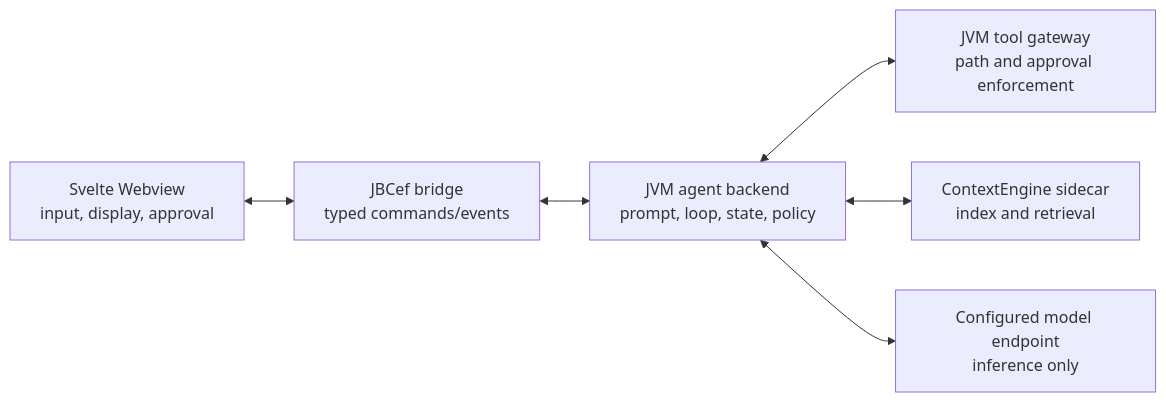
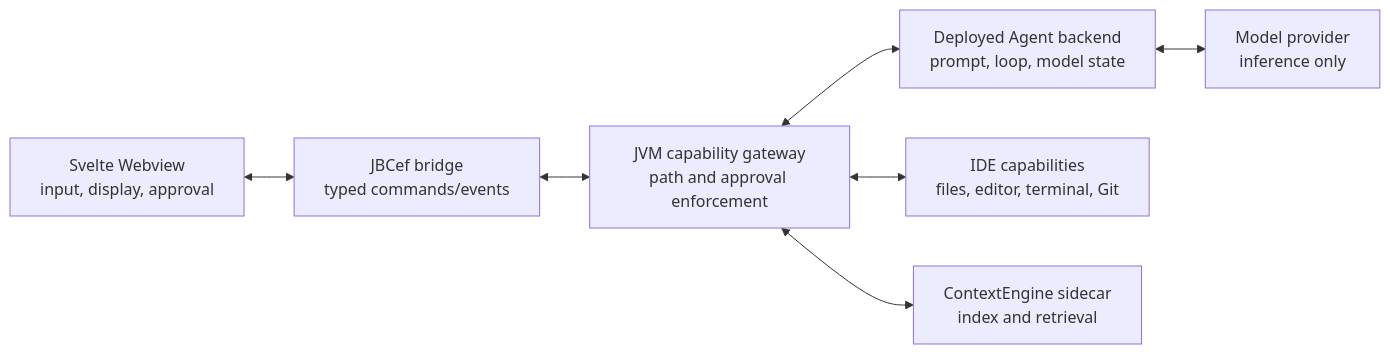
Before and after one commit to lixiang12345/CodeAgent-idea-plugin: the diagram in docs/PROMPT_ARCHITECTURE.md, drawn with Mermaid. The commit also changed other lines of this file and 36 other files, not shown here.

Commit message:
feat: split agent backend from IDE capability gateway

````diff
--- a/docs/PROMPT_ARCHITECTURE.md
+++ b/docs/PROMPT_ARCHITECTURE.md
@@ -21,14 +21,15 @@
 ```mermaid
 flowchart LR
     UI["Svelte Webview\ninput, display, approval"]
     Bridge["JBCef bridge\ntyped commands/events"]
-    Harness["JVM agent backend\nprompt, loop, state, policy"]
-    Tools["JVM tool gateway\npath and approval enforcement"]
+    Gateway["JVM capability gateway\npath and approval enforcement"]
+    Harness["Deployed Agent backend\nprompt, loop, model state"]
+    Tools["IDE capabilities\nfiles, editor, terminal, Git"]
     Context["ContextEngine sidecar\nindex and retrieval"]
-    Model["Configured model endpoint\ninference only"]
+    Model["Model provider\ninference only"]
 
-    UI <--> Bridge <--> Harness
-    Harness <--> Tools
-    Harness <--> Context
-    Harness <--> Model
+    UI <--> Bridge <--> Gateway
+    Gateway <--> Tools
+    Gateway <--> Context
+    Gateway <--> Harness <--> Model
 ```
````
